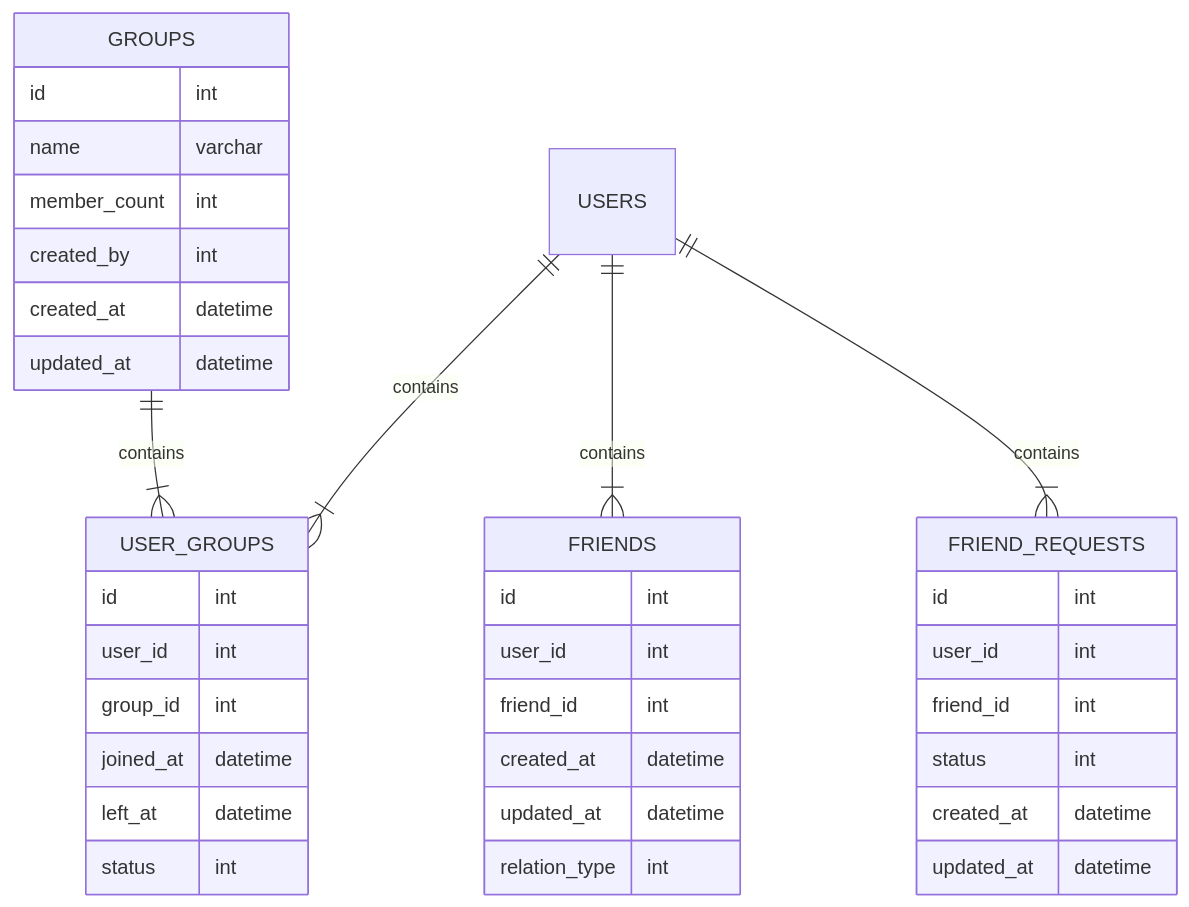
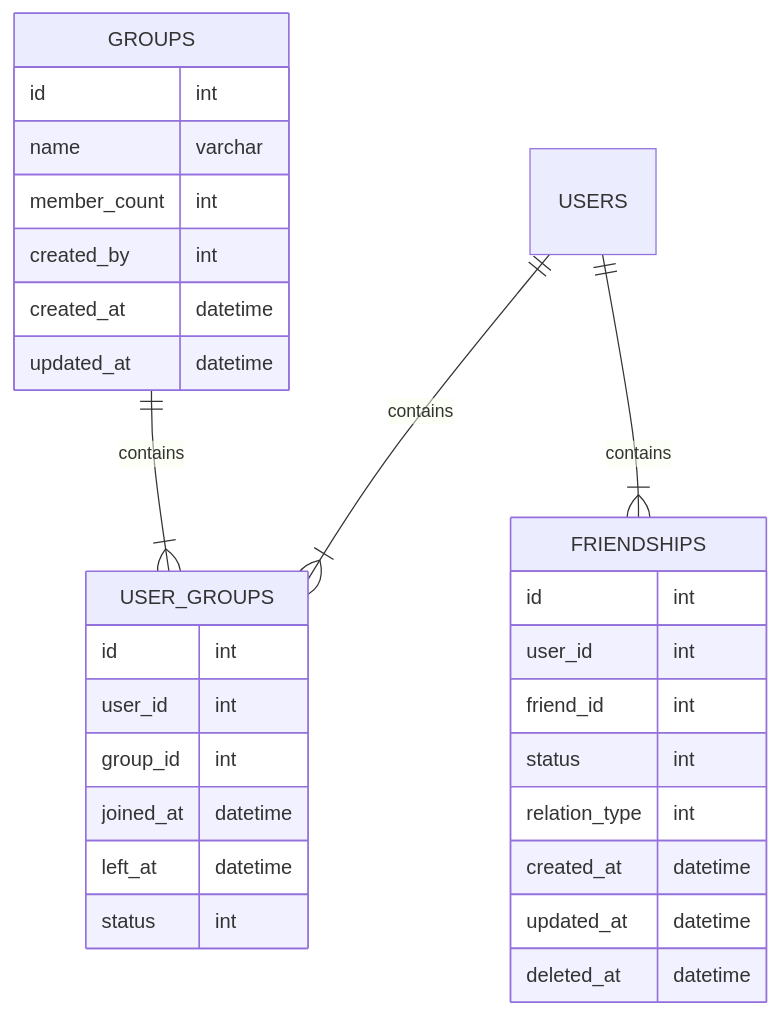
One commit to prulloac/fineasy changed the second of 6 diagrams in docs/SCHEMA.md. Above: the diagram before and after it, drawn with Mermaid. The commit also changed other lines of this file and 34 other files, not shown here.

````diff
--- a/docs/SCHEMA.md
+++ b/docs/SCHEMA.md
@@ -95,45 +95,37 @@
 ```mermaid
 
 erDiagram
-    FRIENDS {
-        id int
-        user_id int
-        friend_id int
-        created_at datetime
-        updated_at datetime
-        relation_type int
-    }
-
-    FRIEND_REQUESTS {
+    FRIENDSHIPS {
         id int
         user_id int
         friend_id int
         status int
+        relation_type int
         created_at datetime
         updated_at datetime
+        deleted_at datetime
     }
 
     GROUPS {
         id int
         name varchar
         member_count int
         created_by int
         created_at datetime
         updated_at datetime
     }
 
     USER_GROUPS {
         id int
         user_id int
         group_id int
         joined_at datetime
         left_at datetime
         status int
     }
 
+    USERS ||--|{ FRIENDSHIPS : contains
     GROUPS ||--|{ USER_GROUPS : contains
-    USERS ||--|{ FRIENDS : contains
-    USERS ||--|{ FRIEND_REQUESTS : contains
     USERS ||--|{ USER_GROUPS : contains
 
 ```
````
